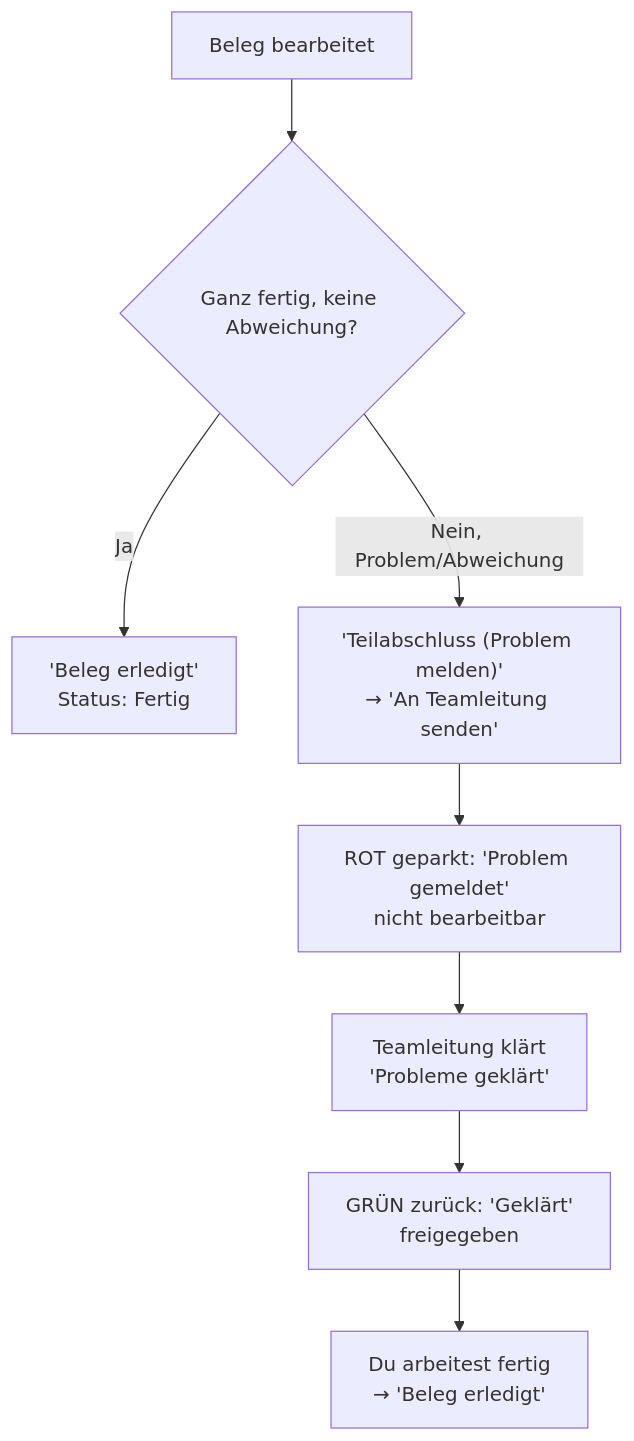
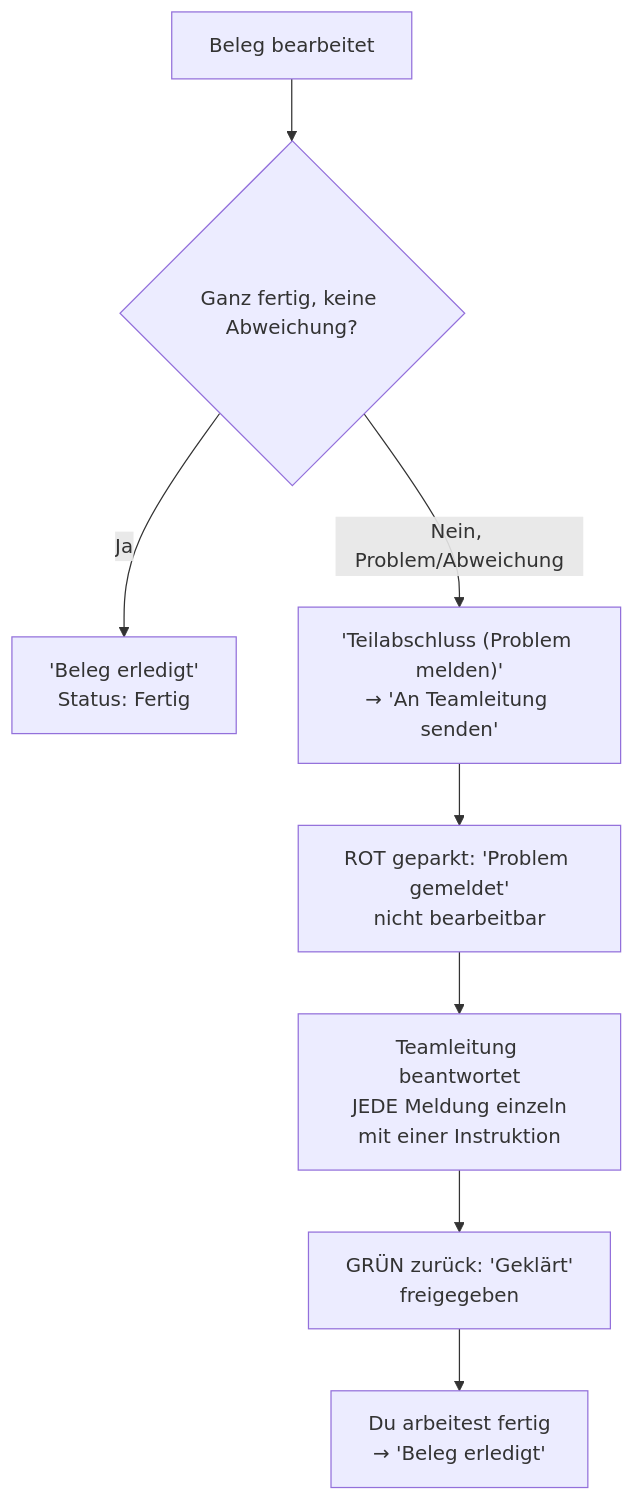
The diagram in docs/handbook/a5-erledigt-teilabschluss.md (officialoniichat/paketdispov2), drawn with Mermaid before and after one commit. The commit also changed other lines of this file and 1 other file, not shown here.

Commit message:
docs(handbook): Problem-Kapitel auf den Instruktions-Loop je Meldung nachgezogen

````diff
--- a/docs/handbook/a5-erledigt-teilabschluss.md
+++ b/docs/handbook/a5-erledigt-teilabschluss.md
@@ -46,10 +46,10 @@
 ```mermaid
 flowchart TD
     A[Beleg bearbeitet] --> B{Ganz fertig, keine Abweichung?}
     B -- Ja --> C["'Beleg erledigt'<br/>Status: Fertig"]
     B -- Nein, Problem/Abweichung --> D["'Teilabschluss (Problem melden)'<br/>→ 'An Teamleitung senden'"]
     D --> E[ROT geparkt: 'Problem gemeldet'<br/>nicht bearbeitbar]
-    E --> F[Teamleitung klärt<br/>'Probleme geklärt']
+    E --> F[Teamleitung beantwortet<br/>JEDE Meldung einzeln<br/>mit einer Instruktion]
     F --> G[GRÜN zurück: 'Geklärt'<br/>freigegeben]
     G --> H[Du arbeitest fertig<br/>→ 'Beleg erledigt']
 ```
````
